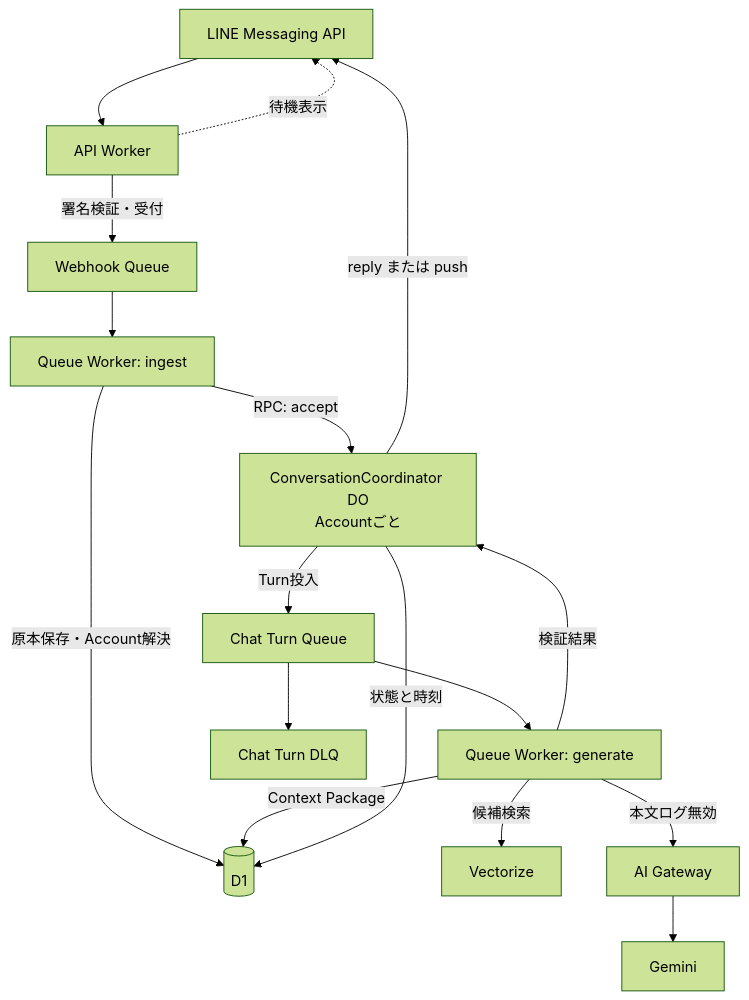
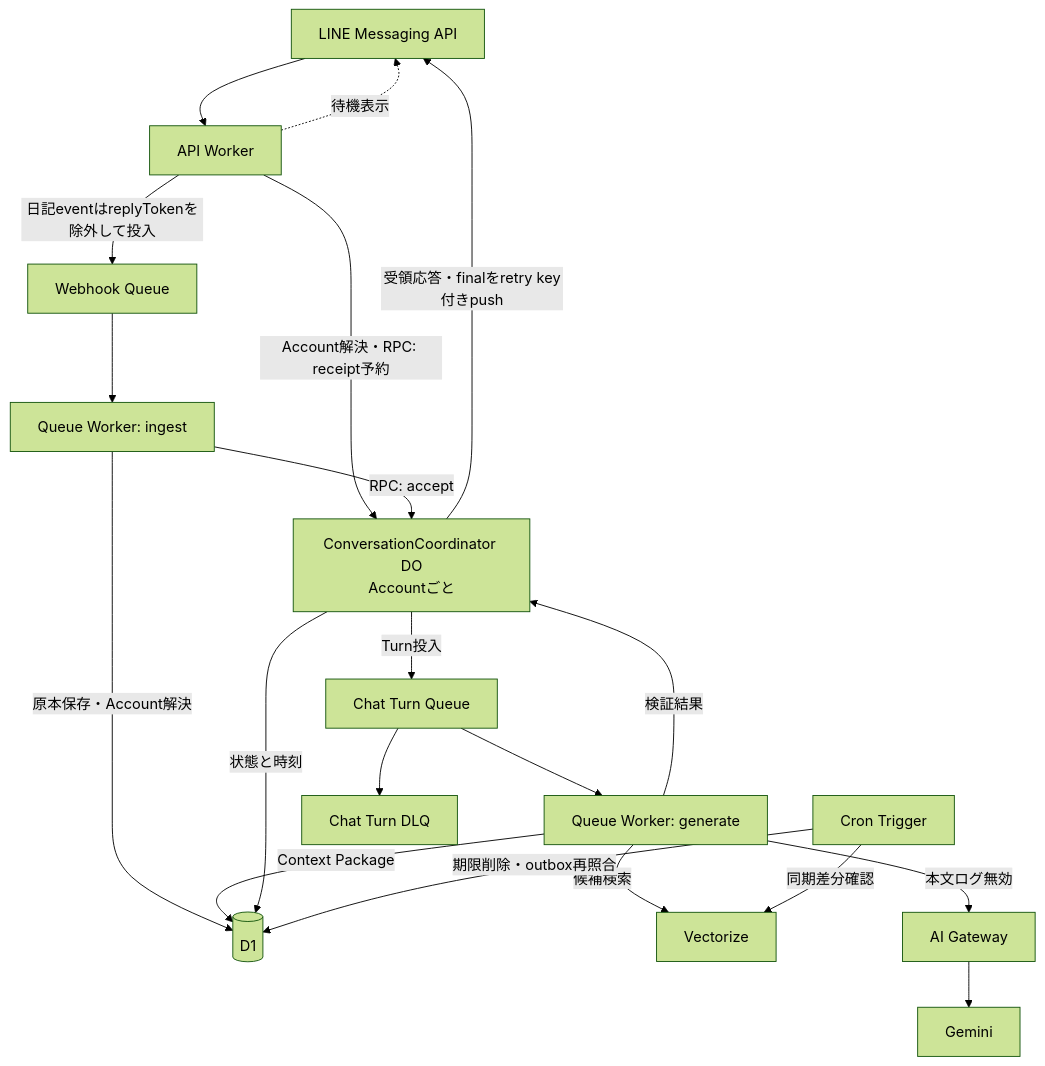
The first of 3 diagrams in docs/architecture/diary-chat-implementation-design.md (kkyosuke/me-builder), drawn with Mermaid (forest theme) before and after one commit. The commit also changed other lines of this file and 2 other files, not shown here.

````diff
--- a/docs/architecture/diary-chat-implementation-design.md
+++ b/docs/architecture/diary-chat-implementation-design.md
@@ -48,19 +50,22 @@
 ```mermaid
 flowchart TD
     LINE[LINE Messaging API] --> API[API Worker]
-    API -->|署名検証・受付| WQ[Webhook Queue]
+    API -->|Account解決・RPC: receipt予約| DO
+    API -->|日記eventはreplyTokenを除外して投入| WQ[Webhook Queue]
     API -.->|待機表示| LINE
     WQ --> IW[Queue Worker: ingest]
     IW -->|原本保存・Account解決| D1[(D1)]
     IW -->|RPC: accept| DO[ConversationCoordinator DO<br/>Accountごと]
     DO -->|Turn投入| TQ[Chat Turn Queue]
     TQ --> GW[Queue Worker: generate]
     GW -->|Context Package| D1
     GW -->|候補検索| V[Vectorize]
     GW -->|本文ログ無効| AIG[AI Gateway]
     AIG --> GEMINI[Gemini]
     GW -->|検証結果| DO
-    DO -->|reply または push| LINE
+    DO -->|受領応答・finalをretry key付きpush| LINE
     DO -->|状態と時刻| D1
+    CRON[Cron Trigger] -->|期限削除・outbox再照合| D1
+    CRON -->|同期差分確認| V
     TQ --> DLQ[Chat Turn DLQ]
 ```
````
